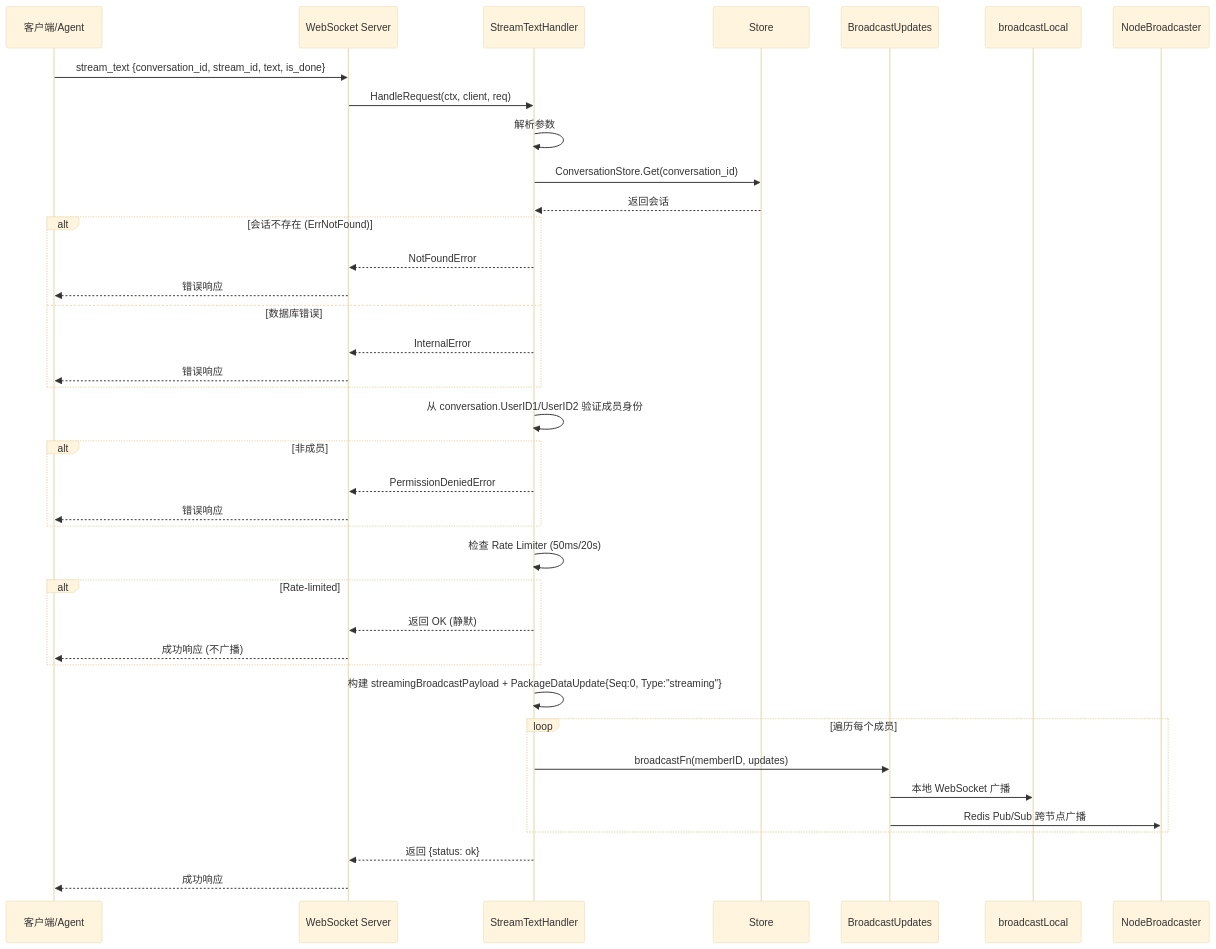
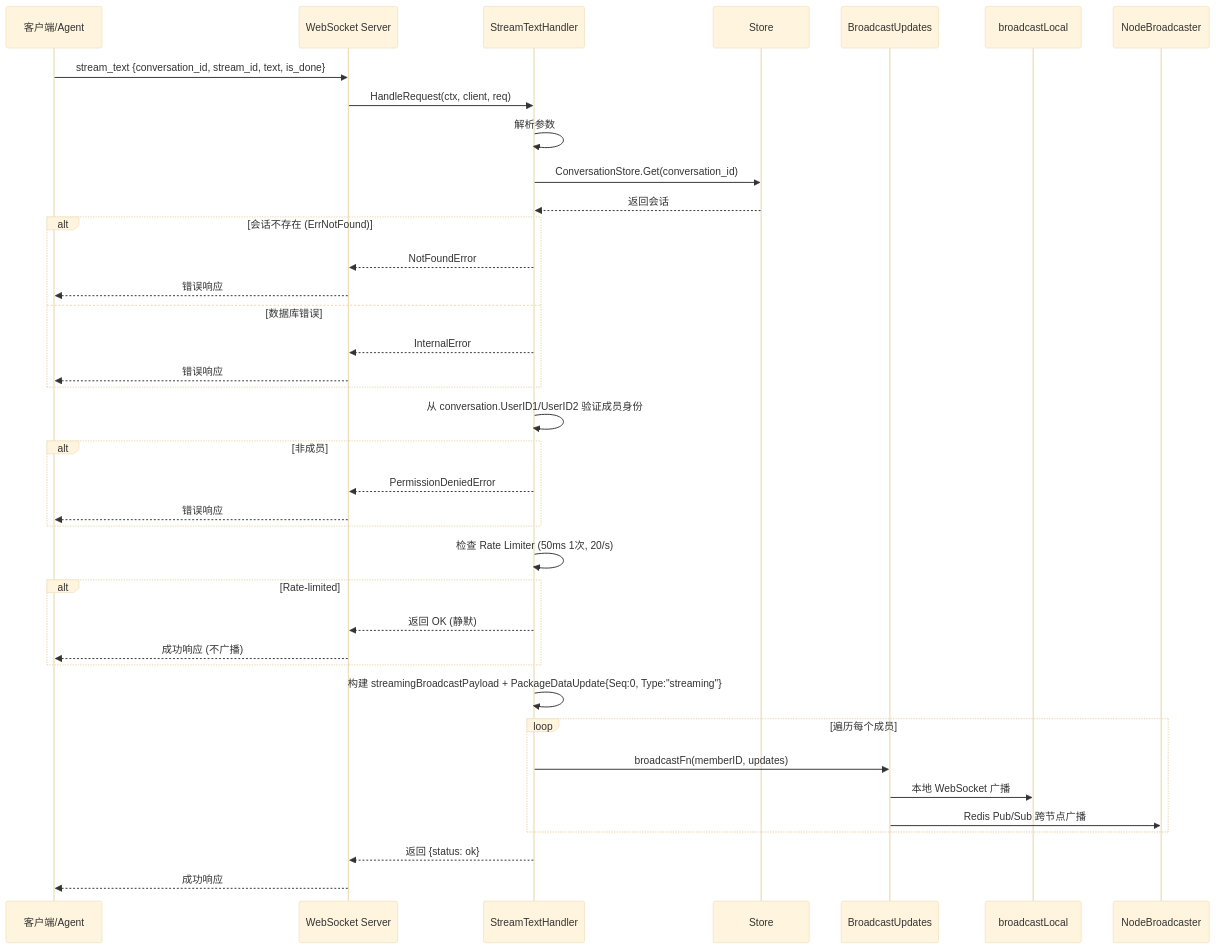
One commit to PineappleBond/xyncra-server changed the first of 8 diagrams in wiki/flows/stream-text.md. Above: the diagram before and after it, drawn with Mermaid (base theme). The commit also changed 22 other files, not shown here.

````diff
--- a/wiki/flows/stream-text.md
+++ b/wiki/flows/stream-text.md
@@ -39,49 +39,49 @@
 ```mermaid
 sequenceDiagram
     participant C as 客户端/Agent
     participant WS as WebSocket Server
     participant H as StreamTextHandler
     participant S as Store
     participant BU as BroadcastUpdates
     participant BL as broadcastLocal
     participant NB as NodeBroadcaster
 
     C->>WS: stream_text {conversation_id, stream_id, text, is_done}
     WS->>H: HandleRequest(ctx, client, req)
 
     H->>H: 解析参数
     H->>S: ConversationStore.Get(conversation_id)
     S-->>H: 返回会话
 
     alt 会话不存在 (ErrNotFound)
         H-->>WS: NotFoundError
         WS-->>C: 错误响应
     else 数据库错误
         H-->>WS: InternalError
         WS-->>C: 错误响应
     end
 
     H->>H: 从 conversation.UserID1/UserID2 验证成员身份
 
     alt 非成员
         H-->>WS: PermissionDeniedError
         WS-->>C: 错误响应
     end
 
-    H->>H: 检查 Rate Limiter (50ms/20s)
+    H->>H: 检查 Rate Limiter (50ms 1次, 20/s)
 
     alt Rate-limited
         H-->>WS: 返回 OK (静默)
         WS-->>C: 成功响应 (不广播)
     end
 
     H->>H: 构建 streamingBroadcastPayload + PackageDataUpdate{Seq:0, Type:"streaming"}
     loop 遍历每个成员
         H->>BU: broadcastFn(memberID, updates)
         BU->>BL: 本地 WebSocket 广播
         BU->>NB: Redis Pub/Sub 跨节点广播
     end
 
     H-->>WS: 返回 {status: ok}
     WS-->>C: 成功响应
 ```
````
